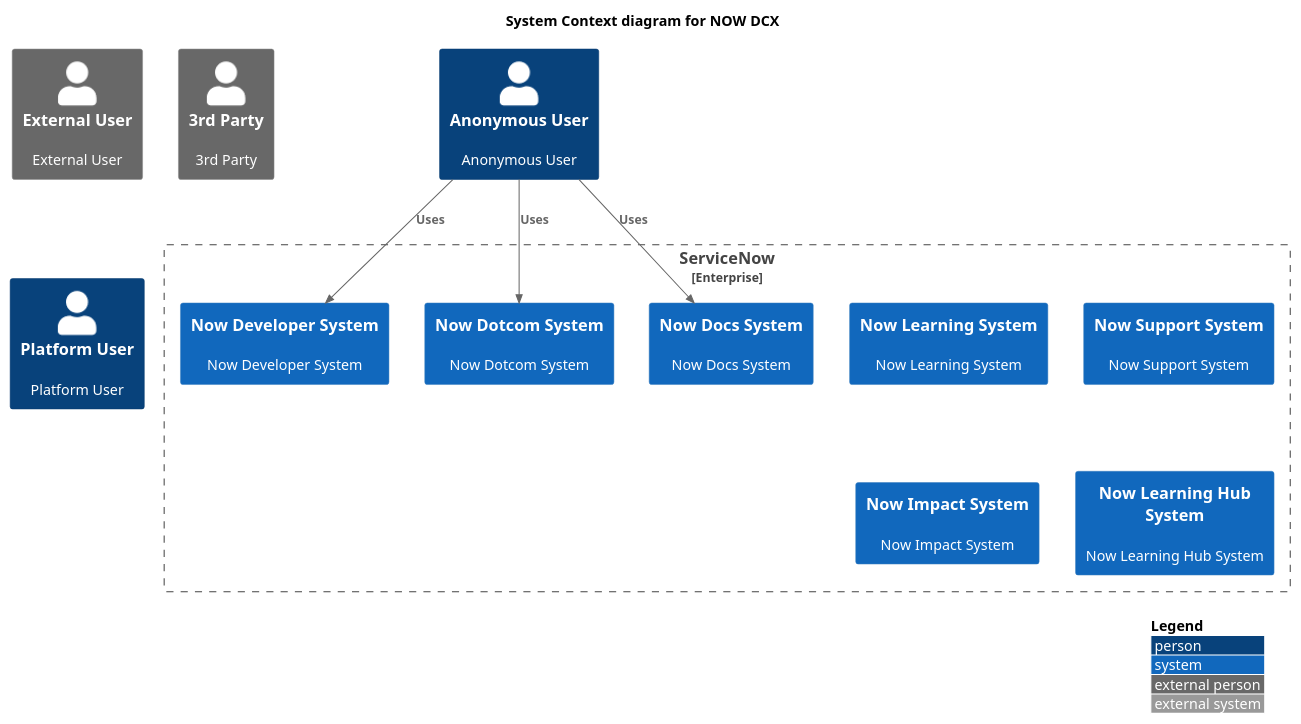
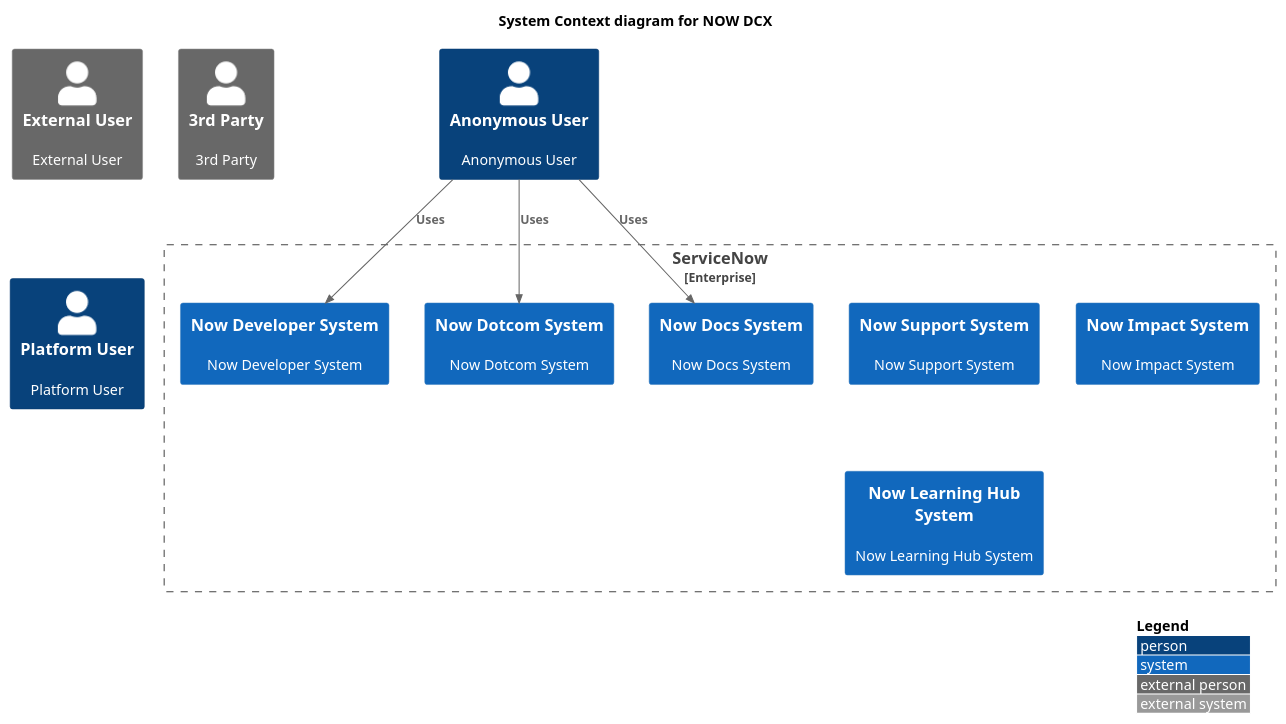
The diagram in puml/c4/dcx/nowdcx.puml (pangealab/athena), drawn with PlantUML before and after one commit.

```diff
--- a/puml/c4/dcx/nowdcx.puml
+++ b/puml/c4/dcx/nowdcx.puml
@@ -1,31 +1,30 @@
 @startuml "enterprise"
 !include https://raw.githubusercontent.com/plantuml-stdlib/C4-PlantUML/master/C4_Context.puml
 ' uncomment the following line and comment the first to use locally
 ' !include C4_Context.puml
 
 LAYOUT_TOP_DOWN()
 'LAYOUT_AS_SKETCH()
 LAYOUT_WITH_LEGEND()
 
 title System Context diagram for NOW DCX
 
 Person_Ext(external_user, "External User", "External User")
 Person_Ext(3rd_party_user, "3rd Party", "3rd Party")
 Person(platform_user, "Platform User", "Platform User")
 Person(anonymous_user, "Anonymous User", "Anonymous User")
 
 Enterprise_Boundary(servicenow_enteprise, "ServiceNow") {
-  System(now_learning_system, "Now Learning System", "Now Learning System")
   System(now_support_system, "Now Support System", "Now Support System")
   System(now_impact_system, "Now Impact System", "Now Impact System")
   System(now_learninghub_system, "Now Learning Hub System", "Now Learning Hub System")
   System(now_developer_system, "Now Developer System", "Now Developer System")
   System(now_dotcom_system, "Now Dotcom System", "Now Dotcom System")
   System(now_docs_system, "Now Docs System", "Now Docs System")
 }
 
 Rel_D(anonymous_user, now_dotcom_system, "Uses")
 Rel_D(anonymous_user, now_docs_system, "Uses")
 Rel_D(anonymous_user, now_developer_system, "Uses")
 
 @enduml
```
